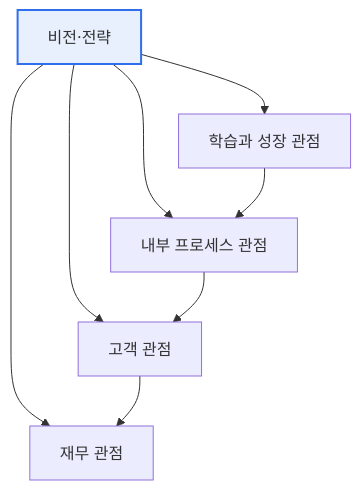
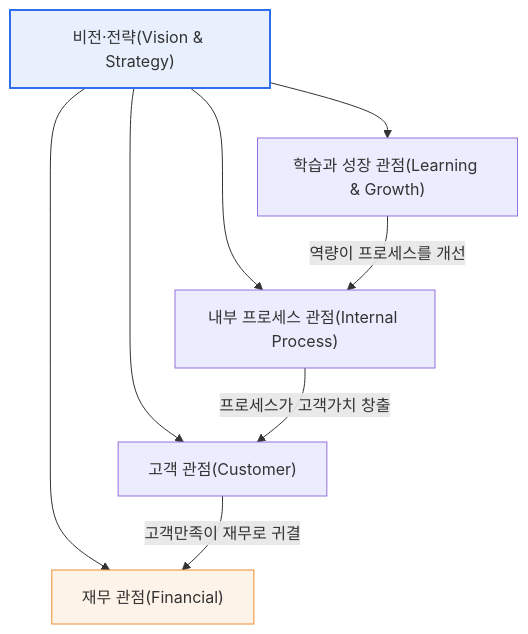
Before and after one commit to coninggu/wjdqhrhksflrltnftk: the first of 2 diagrams in content/bsc.md, drawn with Mermaid. The commit also changed other lines of this file and 3 other files, not shown here.

````diff
--- a/content/bsc.md
+++ b/content/bsc.md
@@ -15,9 +21,12 @@
 ```mermaid
 flowchart TB
-  V[비전·전략] --> F[재무 관점]
-  V --> C[고객 관점]
-  V --> P[내부 프로세스 관점]
-  V --> L[학습과 성장 관점]
-  L --> P --> C --> F
+  V["비전·전략(Vision & Strategy)"] --> F["재무 관점(Financial)"]
+  V --> C["고객 관점(Customer)"]
+  V --> P["내부 프로세스 관점(Internal Process)"]
+  V --> L["학습과 성장 관점(Learning & Growth)"]
+  L -->|"역량이 프로세스를 개선"| P
+  P -->|"프로세스가 고객가치 창출"| C
+  C -->|"고객만족이 재무로 귀결"| F
   style V fill:#e8f0fe,stroke:#2f6fed,stroke-width:2px
+  style F fill:#fef3e8,stroke:#ed8f2f,stroke-width:1px
 ```
````
